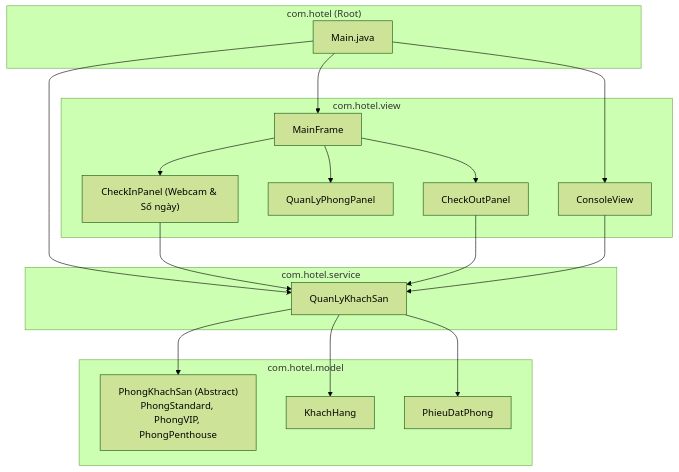
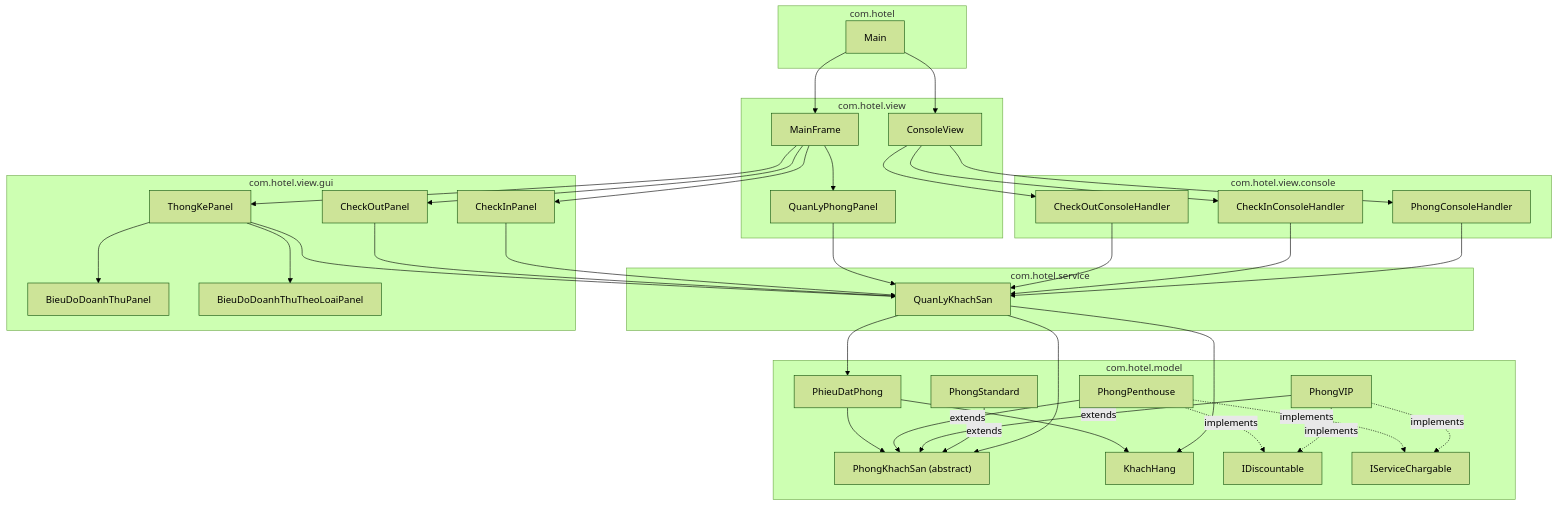
Before and after one commit to NNTTuan/HotelBookingSystem: the diagram in docs/diagrams/package_diagram.mmd, drawn with Mermaid (forest theme). The commit also changed other lines of this file and 17 other files, not shown here.

```diff
--- a/docs/diagrams/package_diagram.mmd
+++ b/docs/diagrams/package_diagram.mmd
@@ -1,37 +1,71 @@
-graph TD
-    subgraph com.hotel ["com.hotel (Root)"]
-        Main["Main.java"]
+flowchart TB
+    subgraph Root["com.hotel"]
+        Main["Main"]
     end
 
-    subgraph com.hotel.model ["com.hotel.model"]
-        Phong["PhongKhachSan (Abstract)<br/>PhongStandard, PhongVIP, PhongPenthouse"]
-        Khach["KhachHang"]
-        Phieu["PhieuDatPhong"]
+    subgraph Model["com.hotel.model"]
+        Room["PhongKhachSan (abstract)"]
+        Standard["PhongStandard"]
+        VIP["PhongVIP"]
+        Penthouse["PhongPenthouse"]
+        Guest["KhachHang"]
+        Booking["PhieuDatPhong"]
+        Discount["IDiscountable"]
+        ServiceCharge["IServiceChargable"]
     end
 
-    subgraph com.hotel.service ["com.hotel.service"]
-        Service["QuanLyKhachSan"]
+    subgraph Service["com.hotel.service"]
+        Manager["QuanLyKhachSan"]
     end
 
-    subgraph com.hotel.view ["com.hotel.view"]
-        Console["ConsoleView"]
-        MainFrm["MainFrame"]
-        PnlPhong["QuanLyPhongPanel"]
-        PnlCheckIn["CheckInPanel (Webcam & Số ngày)"]
-        PnlCheckOut["CheckOutPanel"]
+    subgraph View["com.hotel.view"]
+        ConsoleView["ConsoleView"]
+        MainFrame["MainFrame"]
+        RoomPanel["QuanLyPhongPanel"]
     end
 
-    Main --> Service
-    Main --> Console
-    Main --> MainFrm
-    MainFrm --> PnlPhong
-    MainFrm --> PnlCheckIn
-    MainFrm --> PnlCheckOut
+    subgraph Console["com.hotel.view.console"]
+        RoomHandler["PhongConsoleHandler"]
+        InHandler["CheckInConsoleHandler"]
+        OutHandler["CheckOutConsoleHandler"]
+    end
 
-    PnlCheckIn --> Service
-    PnlCheckOut --> Service
-    Console --> Service
+    subgraph GUI["com.hotel.view.gui"]
+        InPanel["CheckInPanel"]
+        OutPanel["CheckOutPanel"]
+        Stats["ThongKePanel"]
+        Chart1["BieuDoDoanhThuPanel"]
+        Chart2["BieuDoDoanhThuTheoLoaiPanel"]
+    end
 
-    Service --> Phong
-    Service --> Khach
-    Service --> Phieu
+    Main --> MainFrame
+    Main --> ConsoleView
+    MainFrame --> RoomPanel
+    MainFrame --> InPanel
+    MainFrame --> OutPanel
+    MainFrame --> Stats
+    Stats --> Chart1
+    Stats --> Chart2
+    ConsoleView --> RoomHandler
+    ConsoleView --> InHandler
+    ConsoleView --> OutHandler
+
+    RoomHandler --> Manager
+    InHandler --> Manager
+    OutHandler --> Manager
+    RoomPanel --> Manager
+    InPanel --> Manager
+    OutPanel --> Manager
+    Stats --> Manager
+    Manager --> Room
+    Manager --> Booking
+    Manager --> Guest
+    Standard -->|extends| Room
+    VIP -->|extends| Room
+    Penthouse -->|extends| Room
+    VIP -.->|implements| Discount
+    Penthouse -.->|implements| Discount
+    VIP -.->|implements| ServiceCharge
+    Penthouse -.->|implements| ServiceCharge
+    Booking --> Room
+    Booking --> Guest
```
